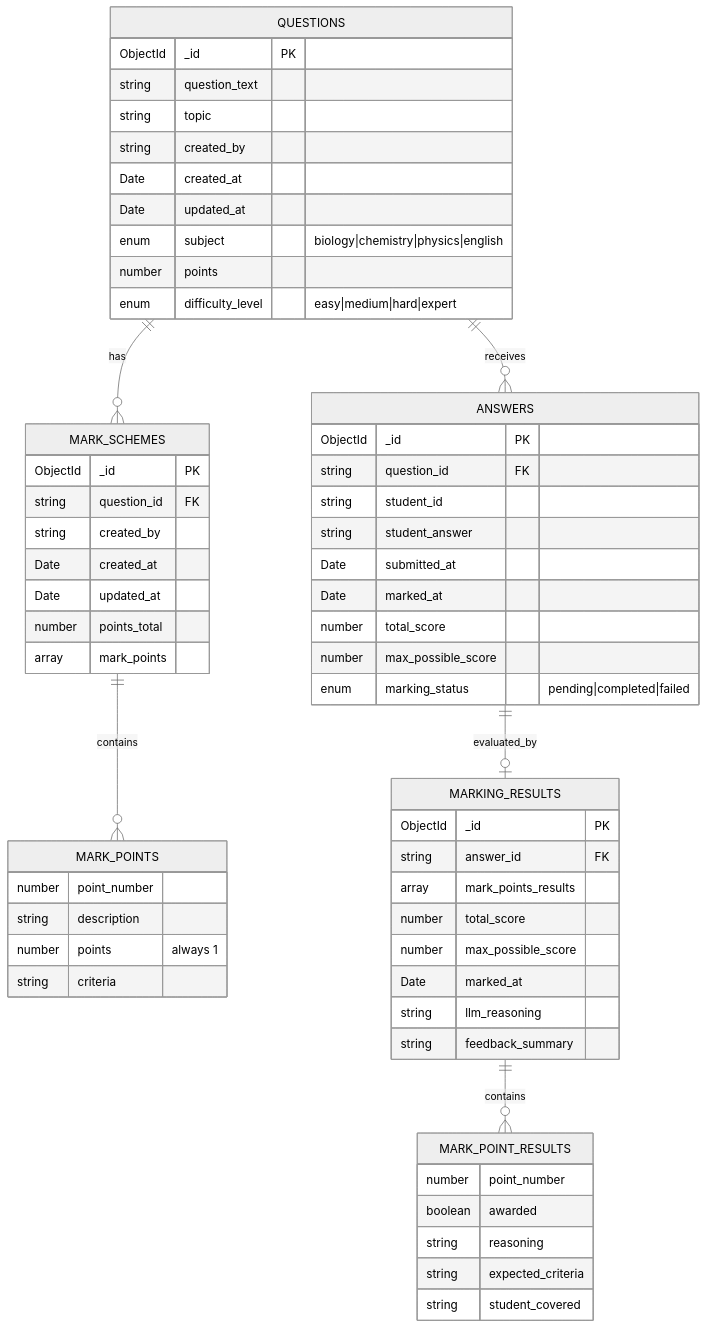
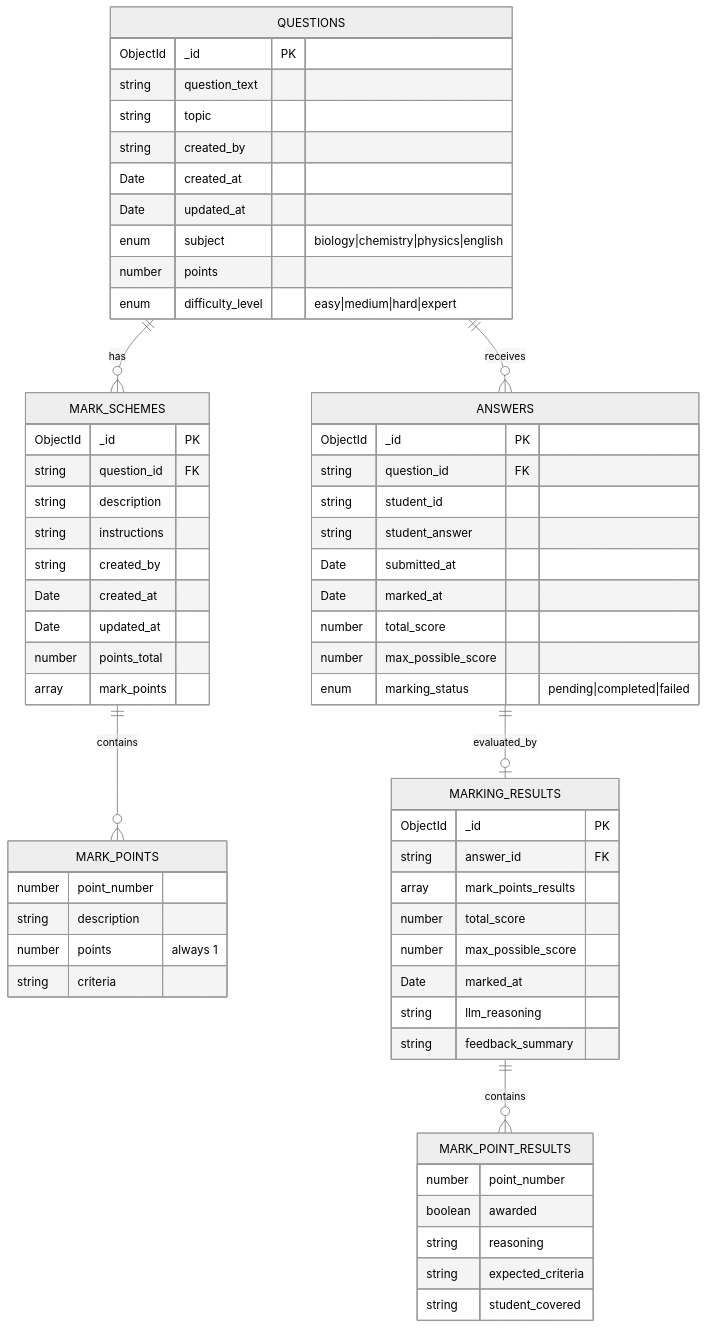
The diagram in db-entity-relationship-diagram.md (stuburger/deepmark), drawn with Mermaid (neutral theme) before and after one commit. The commit also changed other lines of this file and 4 other files, not shown here.

````diff
--- a/db-entity-relationship-diagram.md
+++ b/db-entity-relationship-diagram.md
@@ -3,76 +3,78 @@
 ```mermaid
 erDiagram
     QUESTIONS {
         ObjectId _id PK
         string question_text
         string topic
         string created_by
         Date created_at
         Date updated_at
         enum subject "biology|chemistry|physics|english"
         number points
         enum difficulty_level "easy|medium|hard|expert"
     }
 
     MARK_SCHEMES {
         ObjectId _id PK
         string question_id FK
+        string description
+        string instructions
         string created_by
         Date created_at
         Date updated_at
         number points_total
         array mark_points
     }
 
     MARK_POINTS {
         number point_number
         string description
         number points "always 1"
         string criteria
     }
 
     ANSWERS {
         ObjectId _id PK
         string question_id FK
         string student_id
         string student_answer
         Date submitted_at
         Date marked_at
         number total_score
         number max_possible_score
         enum marking_status "pending|completed|failed"
     }
 
     MARKING_RESULTS {
         ObjectId _id PK
         string answer_id FK
         array mark_points_results
         number total_score
         number max_possible_score
         Date marked_at
         string llm_reasoning
         string feedback_summary
     }
 
     MARK_POINT_RESULTS {
         number point_number
         boolean awarded
         string reasoning
         string expected_criteria
         string student_covered
     }
 
     %% Relationships
     QUESTIONS ||--o{ MARK_SCHEMES : "has"
     MARK_SCHEMES ||--o{ MARK_POINTS : "contains"
     QUESTIONS ||--o{ ANSWERS : "receives"
     ANSWERS ||--o| MARKING_RESULTS : "evaluated_by"
     MARKING_RESULTS ||--o{ MARK_POINT_RESULTS : "contains"
 
     %% Notes
     %% MARK_POINTS is embedded in MARK_SCHEMES
     %% MARK_POINT_RESULTS is embedded in MARKING_RESULTS
     %% question_id in MARK_SCHEMES references QUESTIONS._id
     %% question_id in ANSWERS references QUESTIONS._id
     %% answer_id in MARKING_RESULTS references ANSWERS._id
 ```
````
